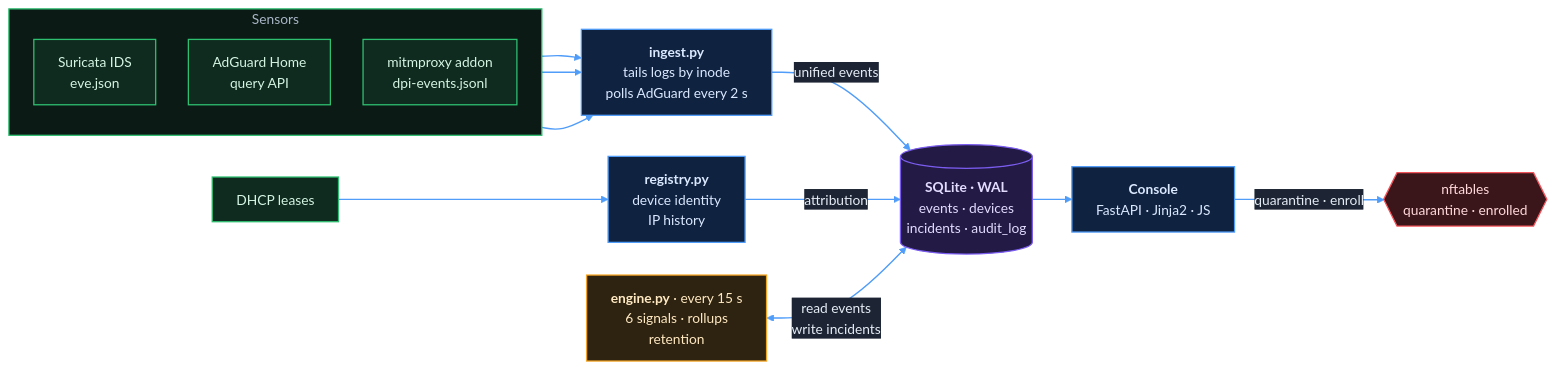
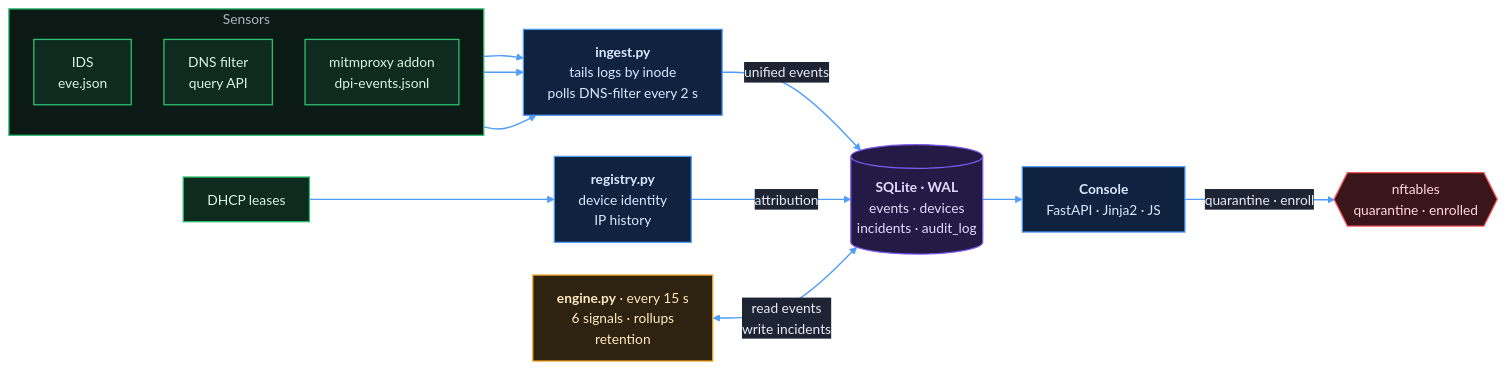
The second of 7 diagrams in README.md (MaheshwariKushagra/securepi-gateway), drawn with Mermaid before and after one commit. The commit also changed other lines of this file and 61 other files, not shown here.

First line of the commit message:
Use generic names for Suricata and AdGuard in human-readable text

````diff
--- a/README.md
+++ b/README.md
@@ -218,41 +218,41 @@
 ```mermaid
 %%{init: {'theme':'base','themeVariables':{'primaryColor':'#161d2b','primaryTextColor':'#e6ecf5','primaryBorderColor':'#2e3a50','secondaryColor':'#111722','tertiaryColor':'#0d121b','lineColor':'#4f9cf9','clusterBkg':'#0d121b','clusterBorder':'#2e3a50','titleColor':'#aab6c8','edgeLabelBackground':'#1d2534','textColor':'#8d99ad'},'flowchart':{'curve':'basis','padding':14,'nodeSpacing':38,'rankSpacing':46}}}%%
 flowchart LR
     subgraph S["Sensors"]
         direction TB
-        SUR["Suricata IDS<br/>eve.json"]
-        AGH["AdGuard Home<br/>query API"]
+        SUR["IDS<br/>eve.json"]
+        AGH["DNS filter<br/>query API"]
         DPI["mitmproxy addon<br/>dpi-events.jsonl"]
     end
 
-    ING["<b>ingest.py</b><br/>tails logs by inode<br/>polls AdGuard every 2 s"]
+    ING["<b>ingest.py</b><br/>tails logs by inode<br/>polls DNS-filter every 2 s"]
     LEASE["DHCP leases"]
     REG["<b>registry.py</b><br/>device identity<br/>IP history"]
     DB[("<b>SQLite · WAL</b><br/>events · devices<br/>incidents · audit_log")]
     ENG["<b>engine.py</b> · every 15 s<br/>6 signals · rollups<br/>retention"]
     UI["<b>Console</b><br/>FastAPI · Jinja2 · JS"]
     NFT{{"nftables<br/>quarantine · enrolled"}}
 
     SUR --> ING
     AGH --> ING
     DPI --> ING
     ING -->|"unified events"| DB
     LEASE --> REG -->|"attribution"| DB
     ENG <-->|"read events<br/>write incidents"| DB
     DB --> UI
     UI -->|"quarantine · enroll"| NFT
 
     classDef ext fill:#161d2b,stroke:#5a6679,stroke-width:1.5px,color:#e6ecf5
     classDef sensor fill:#0f2a1f,stroke:#2fbf71,stroke-width:1.5px,color:#d5f5e3
     classDef pipe fill:#0f2240,stroke:#4f9cf9,stroke-width:1.5px,color:#dbe9ff
     classDef store fill:#231b45,stroke:#7b5cf0,stroke-width:1.5px,color:#e4dcff
     classDef detect fill:#2e2210,stroke:#f5a524,stroke-width:1.5px,color:#ffe9c2
     classDef danger fill:#3a1519,stroke:#f2545b,stroke-width:1.5px,color:#ffd9db
     class SUR,AGH,DPI,LEASE sensor
     class ING,REG,UI pipe
     class DB store
     class ENG detect
     class NFT danger
     style S fill:#0b1a14,stroke:#2fbf71,stroke-width:1.5px,color:#aab6c8
     linkStyle default stroke:#4f9cf9,stroke-width:1.6px
 ```
````
